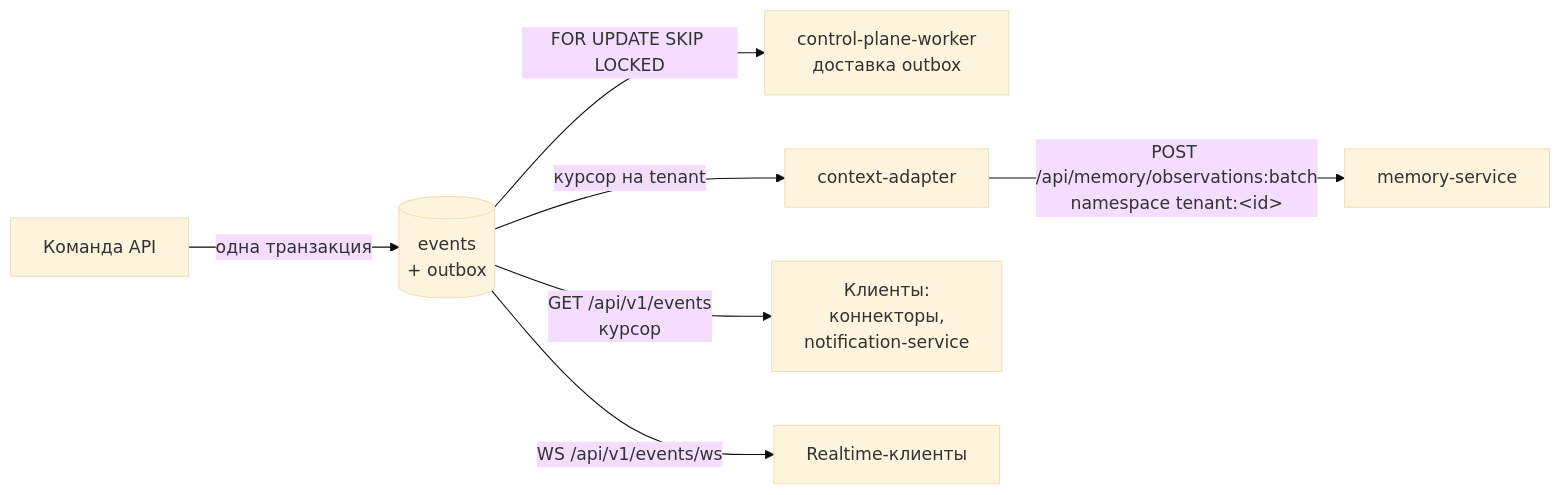
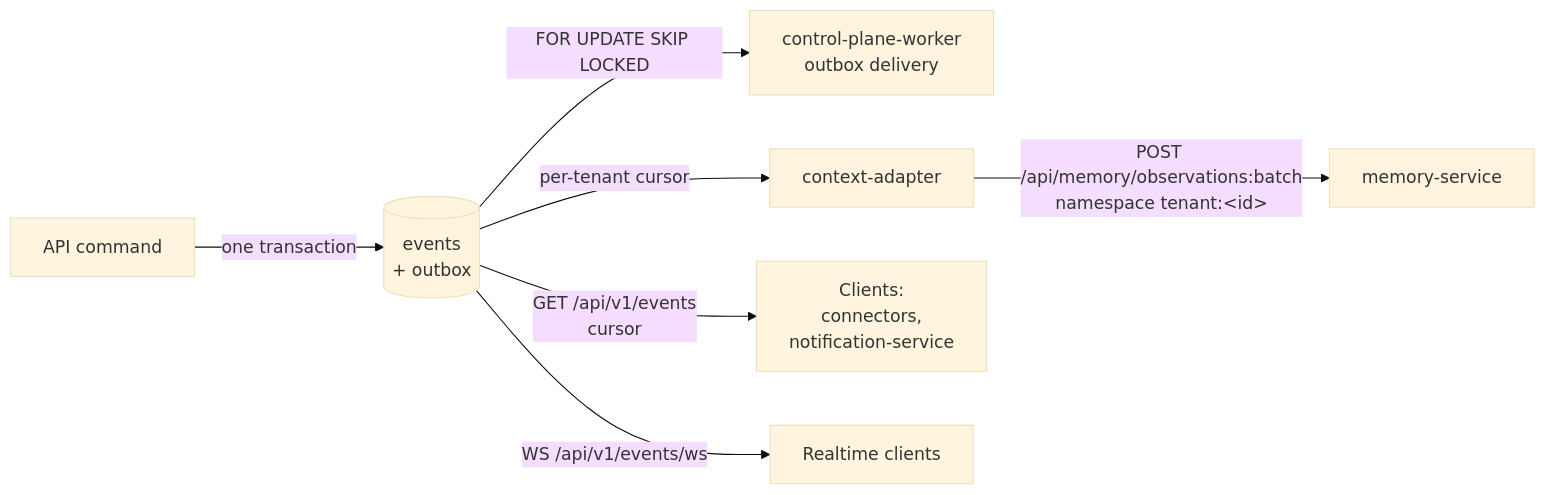
One commit to monthu56/taimen changed the third of 5 diagrams in guide/docs/overview/architecture.md. Above: the diagram before and after it, drawn with Mermaid (base theme). The commit also changed other lines of this file and 183 other files, not shown here.

````diff
--- a/guide/docs/overview/architecture.md
+++ b/guide/docs/overview/architecture.md
@@ -163,9 +164,9 @@
 ```mermaid
 flowchart LR
-    CMD[Команда API] -->|одна транзакция| J[(events<br/>+ outbox)]
-    J -->|FOR UPDATE SKIP LOCKED| W[control-plane-worker<br/>доставка outbox]
-    J -->|курсор на tenant| CA[context-adapter]
+    CMD[API command] -->|one transaction| J[(events<br/>+ outbox)]
+    J -->|FOR UPDATE SKIP LOCKED| W[control-plane-worker<br/>outbox delivery]
+    J -->|per-tenant cursor| CA[context-adapter]
     CA -->|POST /api/memory/observations:batch<br/>namespace tenant:&lt;id&gt;| MEM[memory-service]
-    J -->|GET /api/v1/events<br/>курсор| CL[Клиенты:<br/>коннекторы,<br/>notification-service]
-    J -->|WS /api/v1/events/ws| RT[Realtime-клиенты]
+    J -->|GET /api/v1/events<br/>cursor| CL["Clients:<br/>connectors,<br/>notification-service"]
+    J -->|WS /api/v1/events/ws| RT[Realtime clients]
 ```
````
